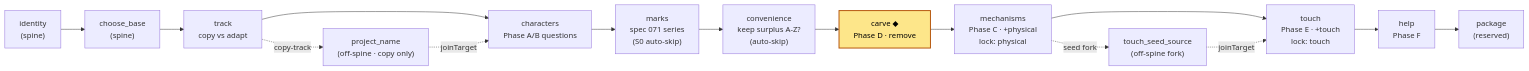
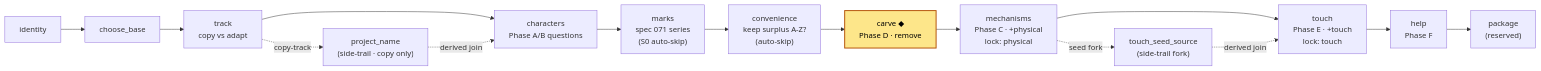
The first of 4 diagrams in docs/carve-gallery-flow.md (keyboard-studio/keyboard-studio), drawn with Mermaid before and after one commit. The commit also changed other lines of this file and 288 other files, not shown here.

First line of the commit message:
feat(studio): decisions as the only unit — derived order, full retirement (spec 087) (#1938)

````diff
--- a/docs/carve-gallery-flow.md
+++ b/docs/carve-gallery-flow.md
@@ -32,23 +34,23 @@
 ```mermaid
 flowchart LR
-  identity["identity<br/>(spine)"]
-  base["choose_base<br/>(spine)"]
+  identity["identity"]
+  base["choose_base"]
   track["track<br/>copy vs adapt"]
-  pname["project_name<br/>(off-spine · copy only)"]
+  pname["project_name<br/>(side-trail · copy only)"]
   chars["characters<br/>Phase A/B questions"]
   marks["marks<br/>spec 071 series<br/>(S0 auto-skip)"]
   conv["convenience<br/>keep surplus A-Z?<br/>(auto-skip)"]
   carve["carve ◆<br/>Phase D · remove"]:::here
   mech["mechanisms<br/>Phase C · +physical<br/>lock: physical"]
-  tseed["touch_seed_source<br/>(off-spine fork)"]
+  tseed["touch_seed_source<br/>(side-trail fork)"]
   touch["touch<br/>Phase E · +touch<br/>lock: touch"]
   help["help<br/>Phase F"]
   pkg["package<br/>(reserved)"]
 
   identity --> base --> track --> chars
-  track -. copy-track .-> pname -. joinTarget .-> chars
+  track -. copy-track .-> pname -. derived join .-> chars
   chars --> marks --> conv --> carve --> mech --> touch --> help --> pkg
-  mech -. seed fork .-> tseed -. joinTarget .-> touch
+  mech -. seed fork .-> tseed -. derived join .-> touch
 
   classDef here fill:#fde68a,stroke:#b45309,stroke-width:2px,color:#000;
 ```
````
